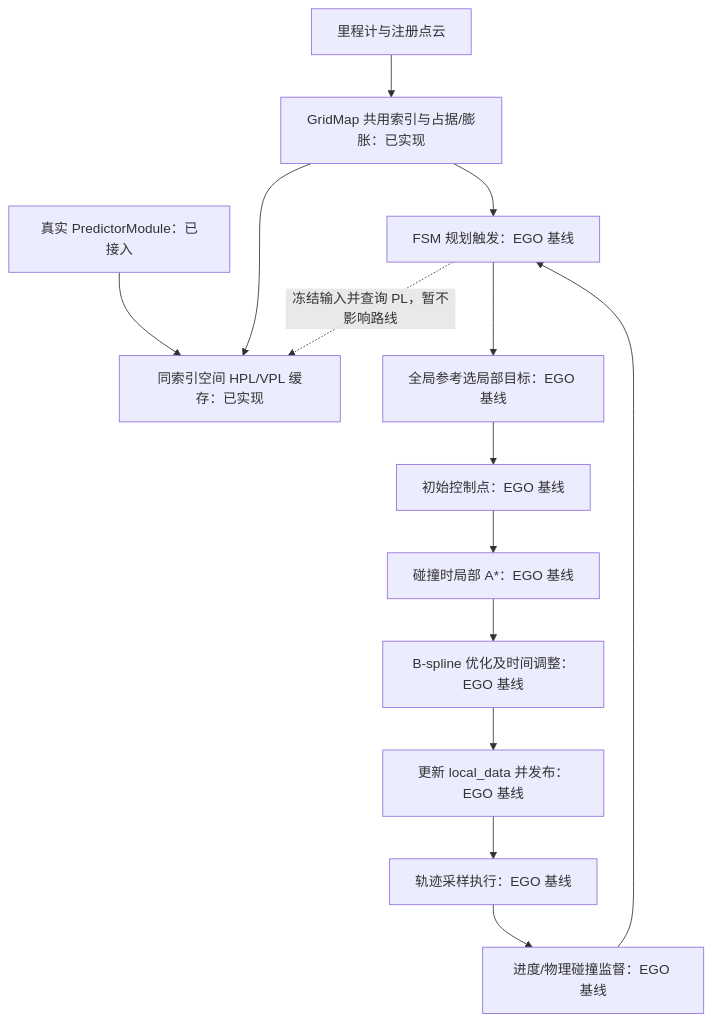
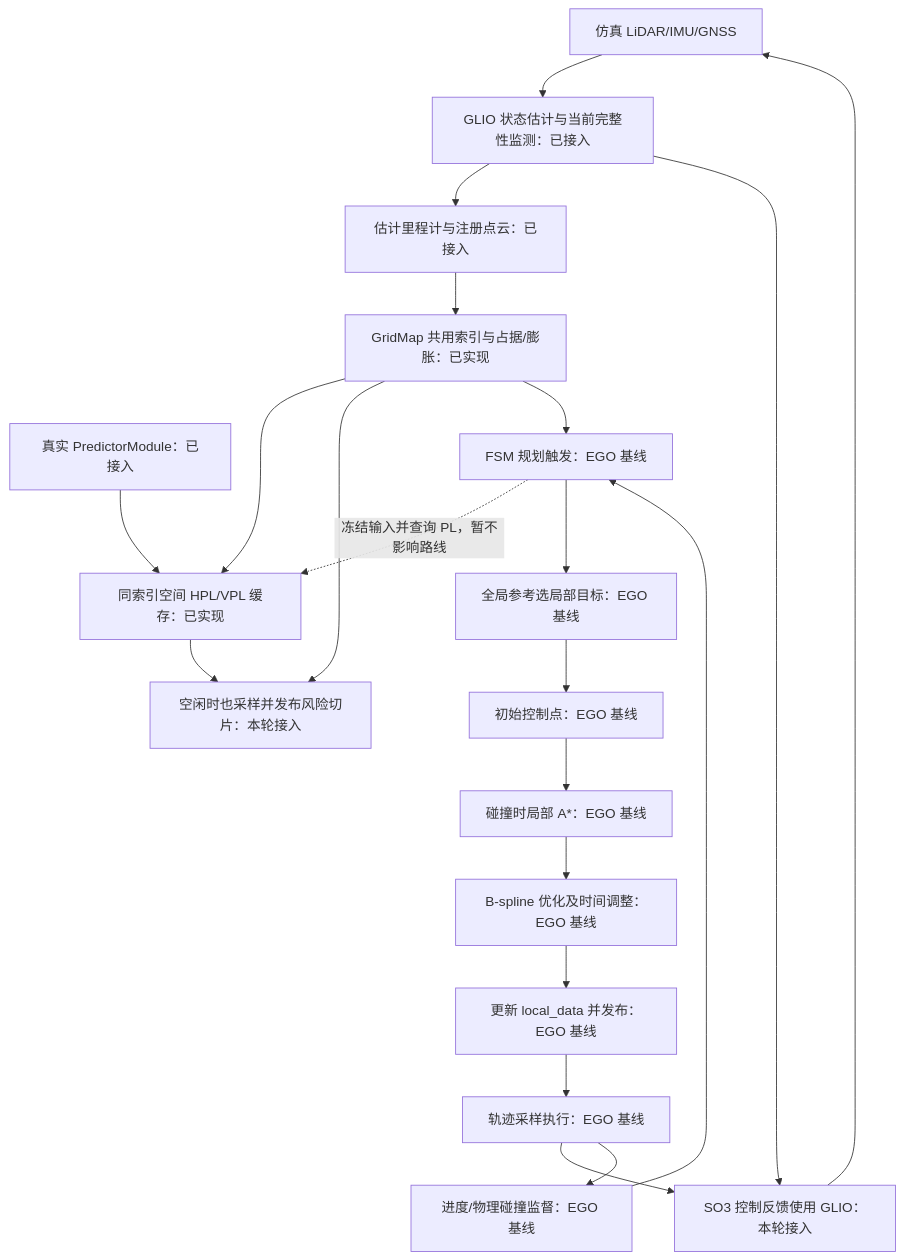
One commit to Printeger/iap changed the second of 3 diagrams in docs/spec/ego_based_planning_flow.md. Above: the diagram before and after it, drawn with Mermaid. The commit also changed other lines of this file and 13 other files, not shown here.

Commit message:
feat(sim): visualize shared GridMap PL and use GLIO control feedback

````diff
--- a/docs/spec/ego_based_planning_flow.md
+++ b/docs/spec/ego_based_planning_flow.md
@@ -58,16 +58,23 @@
 ```mermaid
 flowchart TD
-    Inputs[里程计与注册点云] --> Map[GridMap 共用索引与占据/膨胀：已实现]
+    Sensors[仿真 LiDAR/IMU/GNSS] --> GLIO[GLIO 状态估计与当前完整性监测：已接入]
+    GLIO --> Inputs[估计里程计与注册点云：已接入]
+    GLIO --> Control[SO3 控制反馈使用 GLIO：本轮接入]
+    Inputs --> Map[GridMap 共用索引与占据/膨胀：已实现]
     Predictor[真实 PredictorModule：已接入] --> Risk[同索引空间 HPL/VPL 缓存：已实现]
     Map --> Risk
+    Risk --> Viz[空闲时也采样并发布风险切片：本轮接入]
+    Map --> Viz
     FSM -.->|冻结输入并查询 PL，暂不影响路线| Risk
     Map --> FSM[FSM 规划触发：EGO 基线]
     FSM --> Target[全局参考选局部目标：EGO 基线]
     Target --> Init[初始控制点：EGO 基线]
     Init --> Search[碰撞时局部 A*：EGO 基线]
     Search --> Opt[B-spline 优化及时间调整：EGO 基线]
     Opt --> Commit[更新 local_data 并发布：EGO 基线]
     Commit --> Execute[轨迹采样执行：EGO 基线]
+    Execute --> Control
+    Control --> Sensors
     Execute --> Check[进度/物理碰撞监督：EGO 基线]
     Check --> FSM
 ```
````
